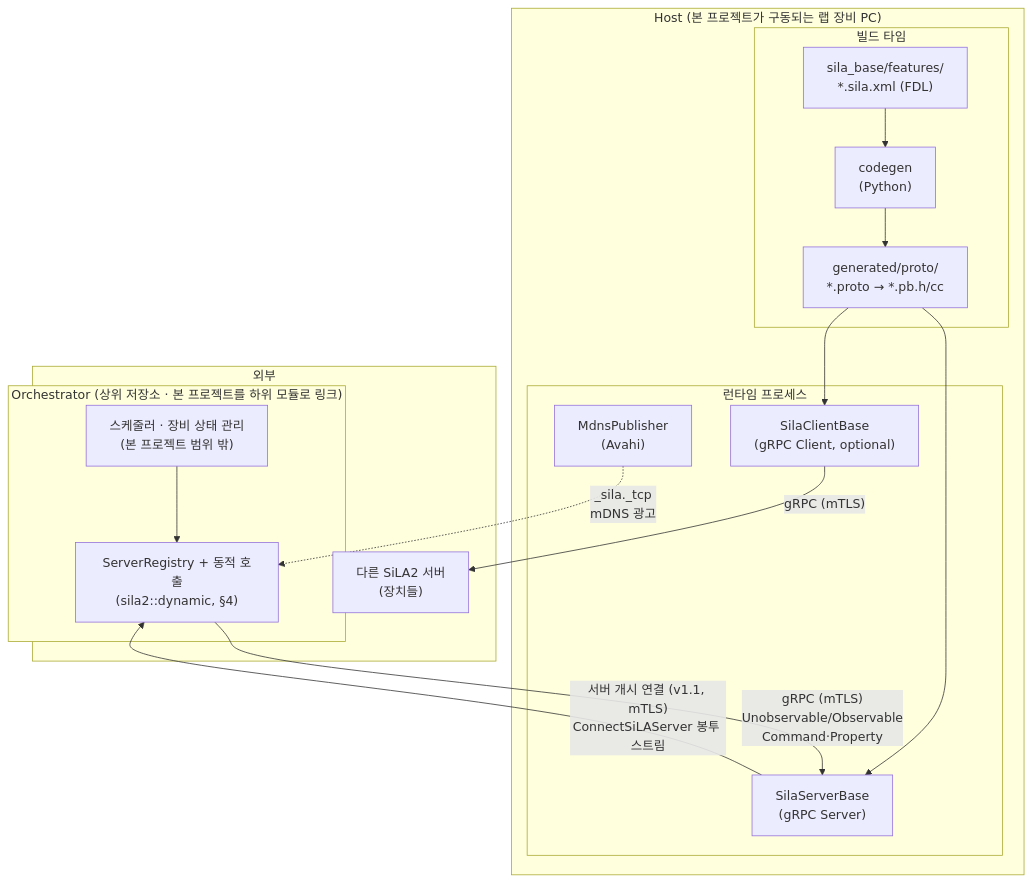
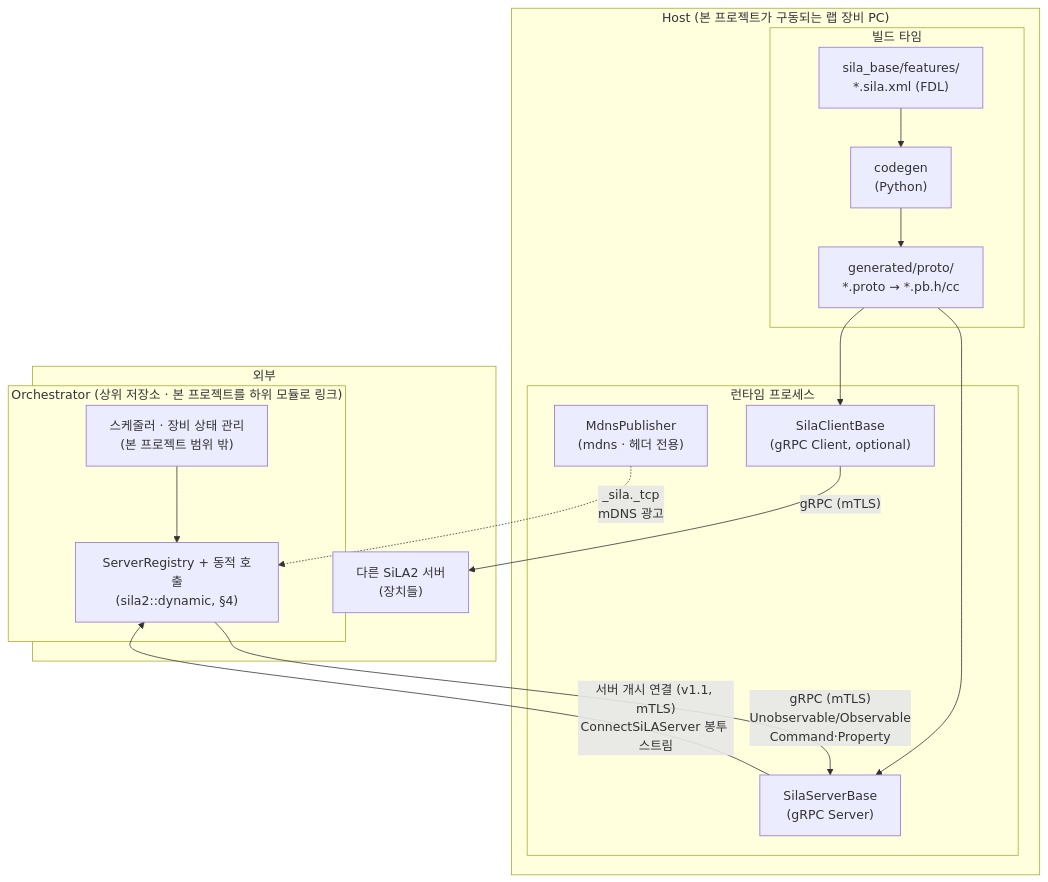
Before and after one commit to Yeounui/sila_cpp_r: the first of 13 diagrams in reference/architecture.md, drawn with Mermaid. The commit also changed other lines of this file and 1 other file, not shown here.

First line of the commit message:
Switch mDNS backend from Avahi to the vcpkg mdns library

````diff
--- a/reference/architecture.md
+++ b/reference/architecture.md
@@ -8,33 +8,33 @@
 ```mermaid
 flowchart TB
     subgraph ext["외부"]
         subgraph orch["Orchestrator (상위 저장소 · 본 프로젝트를 하위 모듈로 링크)"]
             OrchLogic["스케줄러 · 장비 상태 관리<br/>(본 프로젝트 범위 밖)"]
             OrchCli["ServerRegistry + 동적 호출<br/>(sila2::dynamic, §4)"]
             OrchLogic --> OrchCli
         end
         OtherSrv["다른 SiLA2 서버<br/>(장치들)"]
     end
 
     subgraph host["Host (본 프로젝트가 구동되는 랩 장비 PC)"]
         subgraph buildtime["빌드 타임"]
             FDL["sila_base/features/<br/>*.sila.xml (FDL)"]
             Codegen["codegen<br/>(Python)"]
             Proto["generated/proto/<br/>*.proto → *.pb.h/cc"]
         end
 
         subgraph runtime["런타임 프로세스"]
             SilaServer["SilaServerBase<br/>(gRPC Server)"]
             SilaClient["SilaClientBase<br/>(gRPC Client, optional)"]
-            Mdns["MdnsPublisher<br/>(Avahi)"]
+            Mdns["MdnsPublisher<br/>(mdns · 헤더 전용)"]
         end
     end
 
     FDL --> Codegen --> Proto --> SilaServer
     Proto --> SilaClient
 
     Mdns -. "_sila._tcp<br/> mDNS 광고" .-> OrchCli
     OrchCli -- "gRPC (mTLS)<br/>Unobservable/Observable<br/>Command·Property" --> SilaServer
     SilaServer -- "서버 개시 연결 (v1.1, mTLS)<br/>ConnectSiLAServer 봉투 스트림" --> OrchCli
     SilaClient -- "gRPC (mTLS)" --> OtherSrv
 ```
````
